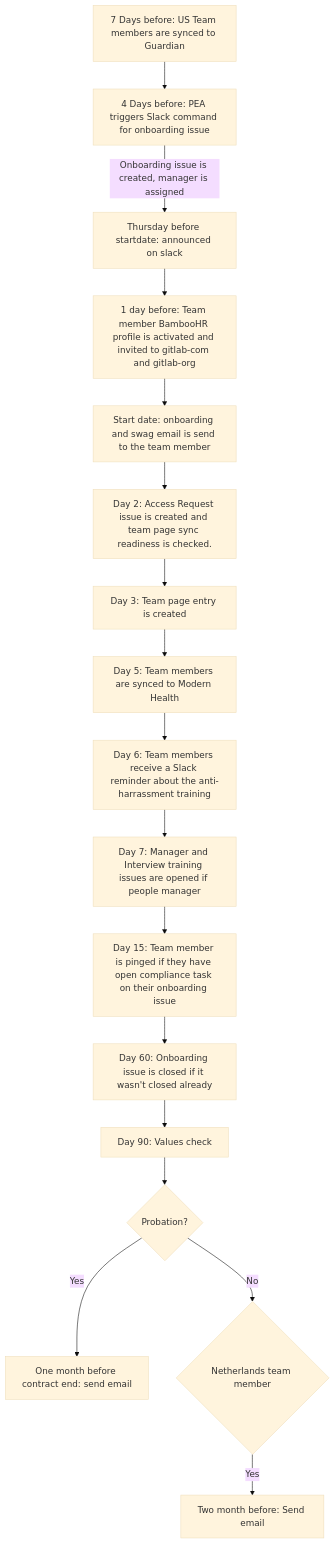
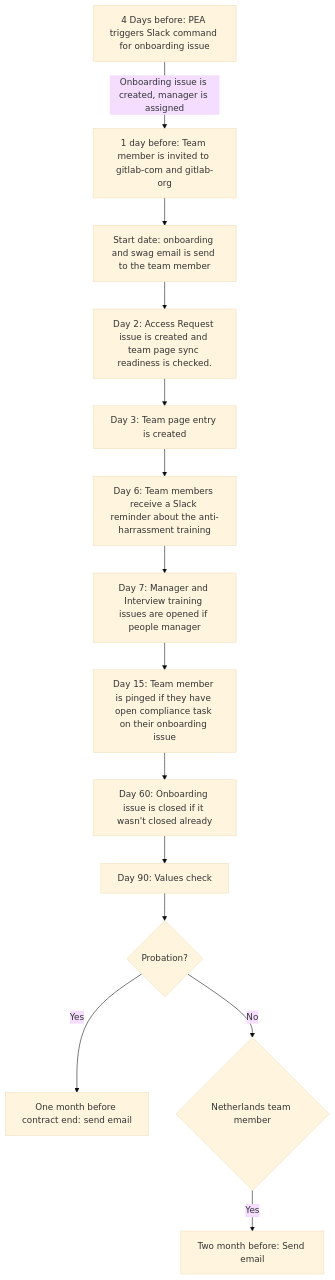
The first of 2 diagrams in people-group/engineering/onboarding/index.html.md (secretstartups/handbook), drawn with Mermaid (base theme) before and after one commit. The commit also changed other lines of this file and 7 other files, not shown here.

````diff
--- a/people-group/engineering/onboarding/index.html.md
+++ b/people-group/engineering/onboarding/index.html.md
@@ -25,19 +26,16 @@
 ```mermaid
 graph TD
-  Z[7 Days before: US Team members are synced to Guardian] --> A
-  A[4 Days before: PEA triggers Slack command for onboarding issue] -->|Onboarding issue is created, manager is assigned| M
-  M[Thursday before startdate: announced on slack] --> K
-  K[1 day before: Team member BambooHR profile is activated and invited to gitlab-com and gitlab-org] --> I
+  A[4 Days before: PEA triggers Slack command for onboarding issue] -->|Onboarding issue is created, manager is assigned| K
+  K[1 day before: Team member is invited to gitlab-com and gitlab-org] --> I
   I[Start date: onboarding and swag email is send to the team member] --> C
   C[Day 2: Access Request issue is created and team page sync readiness is checked.] --> CA
   CA[Day 3: Team page entry is created] --> E
-  E[Day 5: Team members are synced to Modern Health] --> EE
-  EE[Day 6: Team members receive a Slack reminder about the anti-harrassment training] --> J
+  E[Day 6: Team members receive a Slack reminder about the anti-harrassment training] --> J
   J[Day 7: Manager and Interview training issues are opened if people manager] --> L
   L[Day 15: Team member is pinged if they have open compliance task on their onboarding issue] --> F
   F[Day 60: Onboarding issue is closed if it wasn't closed already] --> N
   N[Day 90: Values check] --> O{Probation?}
   O -->|Yes| D[One month before contract end: send email]
   O --> |No| B{Netherlands team member}
   B --> |Yes| G[Two month before: Send email]
 ```
````
